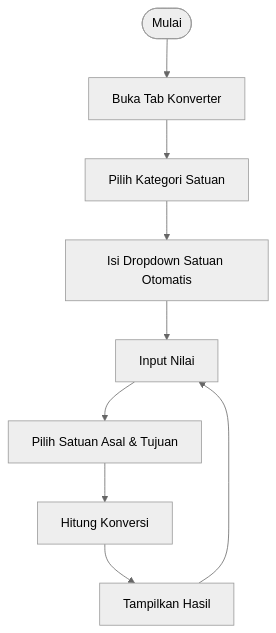
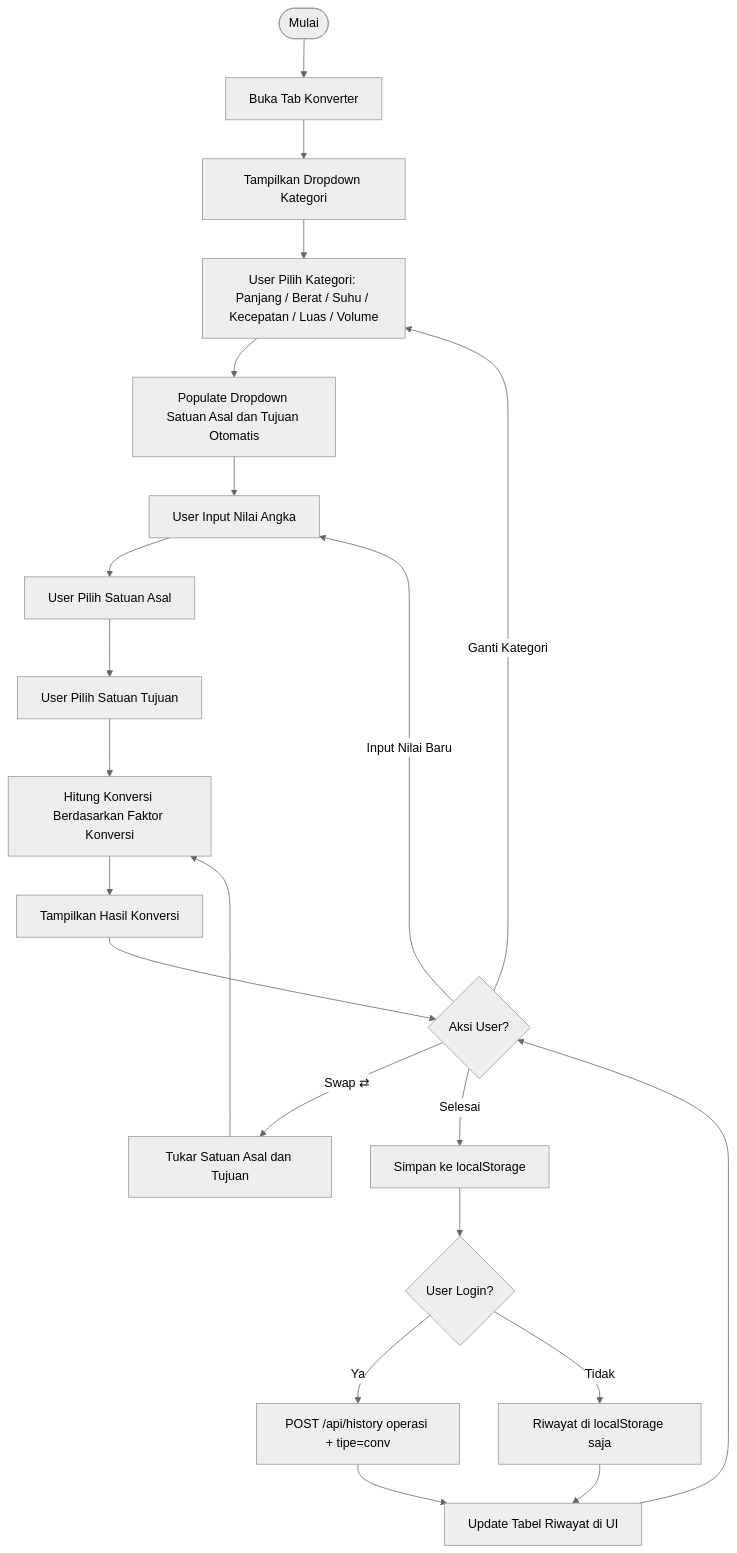
The third of 15 diagrams in e-concalc-web/README.md (falcon-ioi/Caclcon), drawn with Mermaid (neutral theme) before and after one commit. The commit also changed other lines of this file, not shown here.

Commit message:
docs: expand activity diagrams with full detail (6 diagrams: kalkulator, konverter, mata uang, login, register, logout)

````diff
--- a/e-concalc-web/README.md
+++ b/e-concalc-web/README.md
@@ -154,11 +186,26 @@
 ```mermaid
 flowchart TD
     A([Mulai]) --> B[Buka Tab Konverter]
-    B --> C[Pilih Kategori Satuan]
-    C --> D[Isi Dropdown Satuan Otomatis]
-    D --> E[Input Nilai]
-    E --> F[Pilih Satuan Asal & Tujuan]
-    F --> G[Hitung Konversi]
-    G --> H[Tampilkan Hasil]
-    H --> E
+    B --> C[Tampilkan Dropdown Kategori]
+    C --> D[User Pilih Kategori: Panjang / Berat / Suhu / Kecepatan / Luas / Volume]
+    D --> E[Populate Dropdown Satuan Asal dan Tujuan Otomatis]
+    E --> F[User Input Nilai Angka]
+    F --> G[User Pilih Satuan Asal]
+    G --> H[User Pilih Satuan Tujuan]
+    H --> I[Hitung Konversi Berdasarkan Faktor Konversi]
+    I --> J[Tampilkan Hasil Konversi]
+
+    J --> K{Aksi User?}
+    K -- Swap ⇄ --> L[Tukar Satuan Asal dan Tujuan]
+    L --> I
+    K -- Ganti Kategori --> D
+    K -- Input Nilai Baru --> F
+    K -- Selesai --> M[Simpan ke localStorage]
+
+    M --> N{User Login?}
+    N -- Ya --> O[POST /api/history operasi + tipe=conv]
+    N -- Tidak --> P[Riwayat di localStorage saja]
+    O --> Q[Update Tabel Riwayat di UI]
+    P --> Q
+    Q --> K
 ```
````
